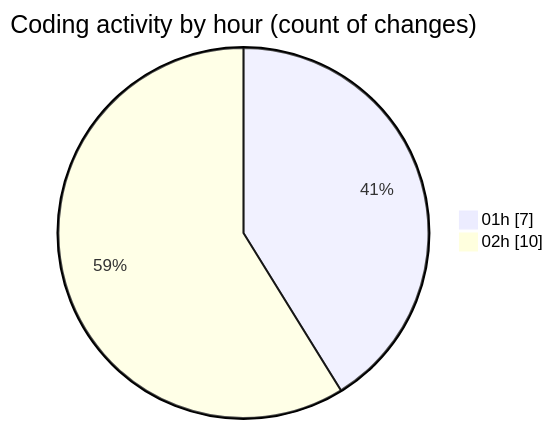
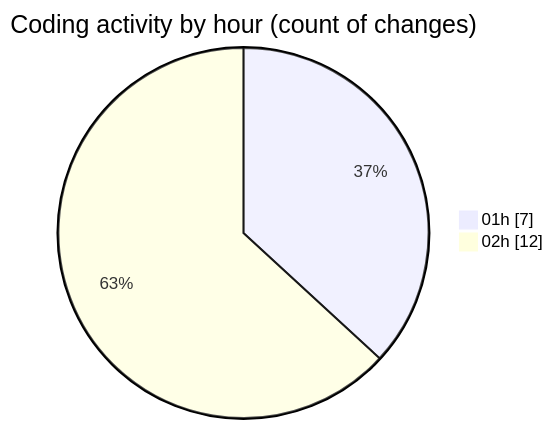
One commit to Ritupan-Deka/code-tracking changed the second of 2 diagrams in 2025-01-24/projects/README.md. Above: the diagram before and after it, drawn with Mermaid. The commit also changed other lines of this file and 1 other file, not shown here.

````diff
--- a/2025-01-24/projects/README.md
+++ b/2025-01-24/projects/README.md
@@ -39,6 +39,6 @@
 ```mermaid
 pie showData
 title Coding activity by hour (count of changes)
 "01h" : 7
-"02h" : 10
+"02h" : 12
 ```
````
